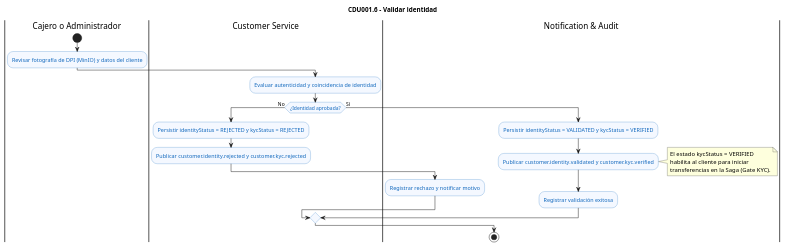
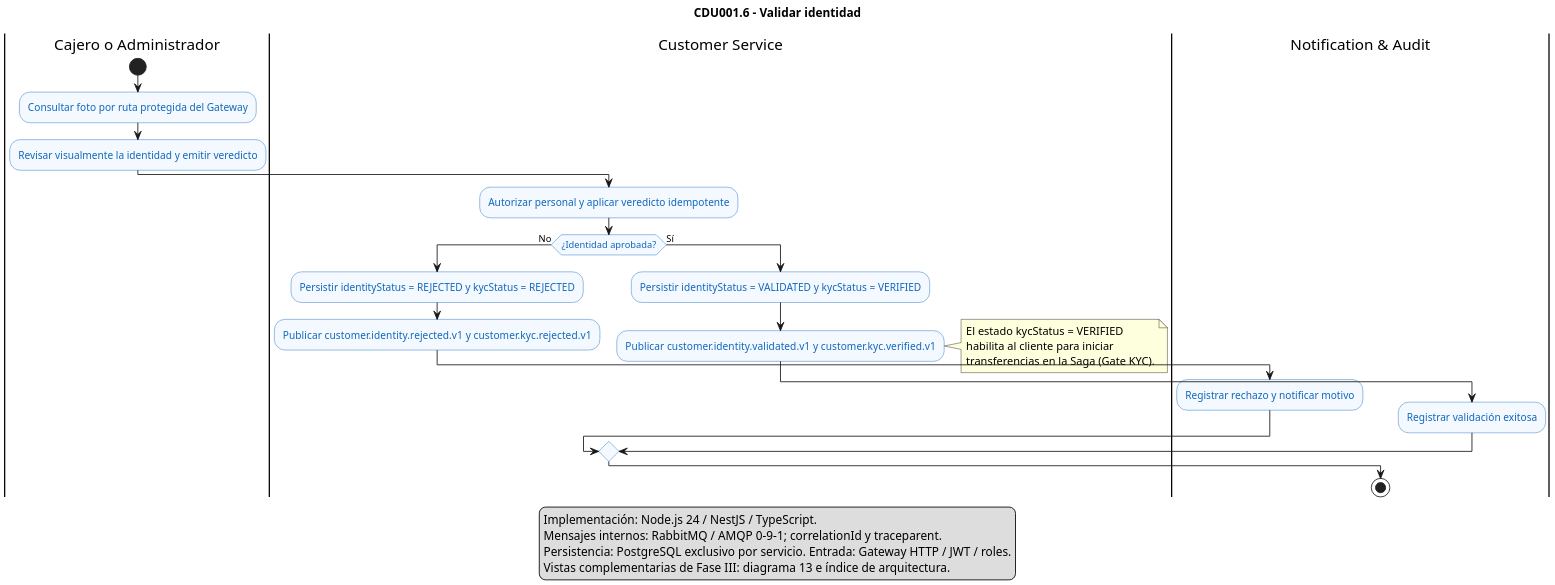
The diagram in docs/architecture/diagrams/cdu/customer/flujos/CDU001.6-validar-identidad.puml (marcosbondel/Proyecto-SA-B-2), drawn with PlantUML before and after one commit. The commit also changed 74 other files, not shown here.

Commit message:
docs(cdu-er): actualizar casos de uso UML nativos, flujos de negocio y modelos ER fisicos

```diff
--- a/docs/architecture/diagrams/cdu/customer/flujos/CDU001.6-validar-identidad.puml
+++ b/docs/architecture/diagrams/cdu/customer/flujos/CDU001.6-validar-identidad.puml
@@ -1,33 +1,42 @@
 @startuml CDU001.6-validar-identidad
 title CDU001.6 - Validar identidad
 
 skinparam shadowing false
+skinparam dpi 180
 skinparam activity {
     BackgroundColor #F4F8FF
     BorderColor #1168BD
     FontColor #1168BD
 }
 
 |Cajero o Administrador|
 start
-:Revisar fotografía de DPI (MinIO) y datos del cliente;
+:Consultar foto por ruta protegida del Gateway;
+:Revisar visualmente la identidad y emitir veredicto;
 |Customer Service|
-:Evaluar autenticidad y coincidencia de identidad;
+:Autorizar personal y aplicar veredicto idempotente;
 if (¿Identidad aprobada?) then (No)
     :Persistir identityStatus = REJECTED y kycStatus = REJECTED;
-    :Publicar customer.identity.rejected y customer.kyc.rejected;
+    :Publicar customer.identity.rejected.v1 y customer.kyc.rejected.v1;
     |Notification & Audit|
     :Registrar rechazo y notificar motivo;
 else (Sí)
+    |Customer Service|
     :Persistir identityStatus = VALIDATED y kycStatus = VERIFIED;
-    :Publicar customer.identity.validated y customer.kyc.verified;
+    :Publicar customer.identity.validated.v1 y customer.kyc.verified.v1;
     note right
       El estado kycStatus = VERIFIED
       habilita al cliente para iniciar
       transferencias en la Saga (Gate KYC).
     end note
     |Notification & Audit|
     :Registrar validación exitosa;
 endif
 stop
+legend bottom
+  Implementación: Node.js 24 / NestJS / TypeScript.
+  Mensajes internos: RabbitMQ / AMQP 0-9-1; correlationId y traceparent.
+  Persistencia: PostgreSQL exclusivo por servicio. Entrada: Gateway HTTP / JWT / roles.
+  Vistas complementarias de Fase III: diagrama 13 e índice de arquitectura.
+endlegend
 @enduml
```
